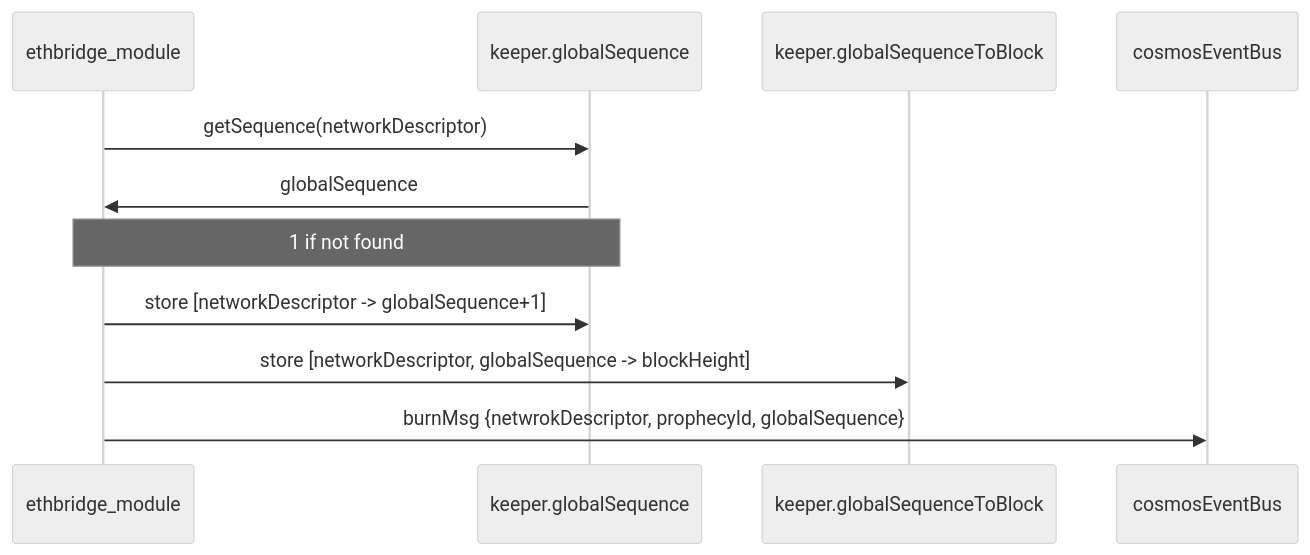
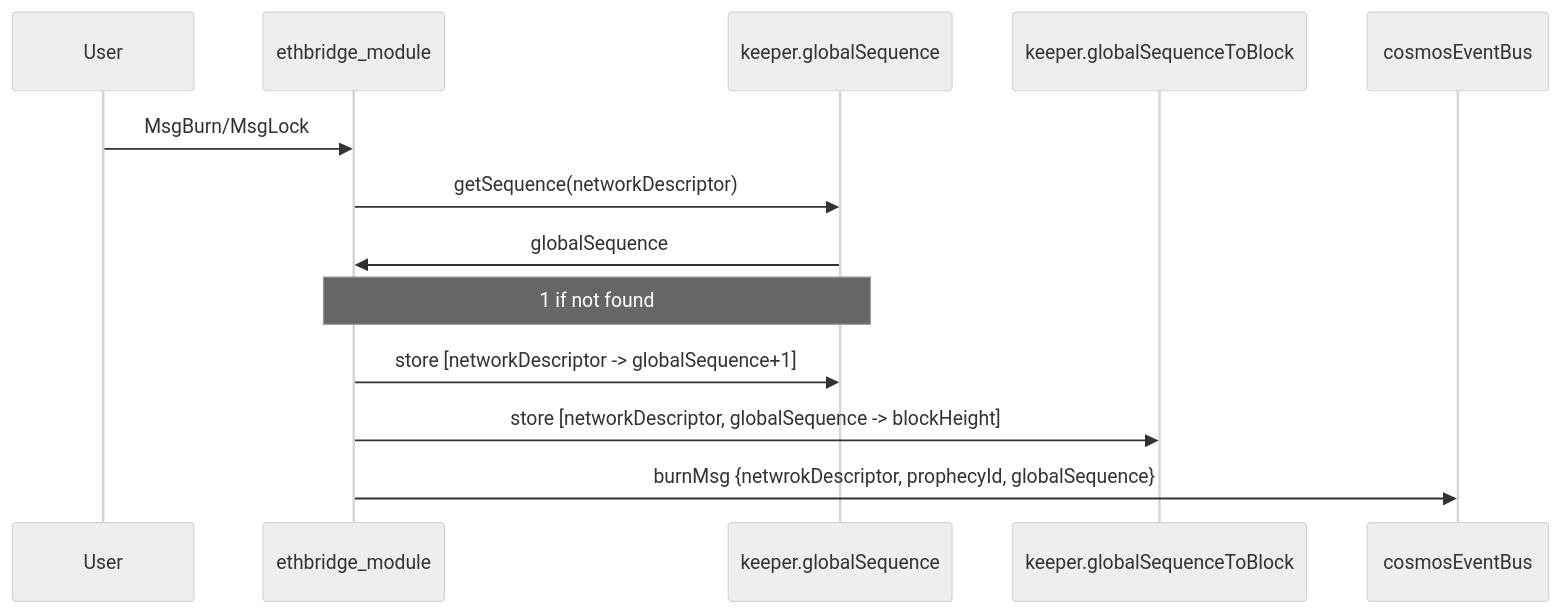
The second of 5 diagrams in docs/peggy/docs/Scenarios/cosmosExport.md (Sifchain/sifnode), drawn with Mermaid (neutral theme) before and after one commit. The commit also changed other lines of this file and 1 other file, not shown here.

Commit message:
Remove addressed todos, added user actor in diagram

````diff
--- a/docs/peggy/docs/Scenarios/cosmosExport.md
+++ b/docs/peggy/docs/Scenarios/cosmosExport.md
@@ -124,12 +124,14 @@
 ```mermaid
 sequenceDiagram
+    User ->> ethbridge_module: MsgBurn/MsgLock
+
     %% ethbridge.keeper.msg_server::Burn
     ethbridge_module ->> keeper.globalSequence: getSequence(networkDescriptor)
 
     keeper.globalSequence ->> ethbridge_module: globalSequence
     Note over ethbridge_module, keeper.globalSequence: 1 if not found
     %% ethbridge.keeper.globalNonce::UpdateGlobalSequence
     ethbridge_module ->> keeper.globalSequence: store [networkDescriptor -> globalSequence+1]
     ethbridge_module ->> keeper.globalSequenceToBlock: store [networkDescriptor, globalSequence -> blockHeight]
     ethbridge_module ->> cosmosEventBus: burnMsg {netwrokDescriptor, prophecyId, globalSequence}
 ```
````
